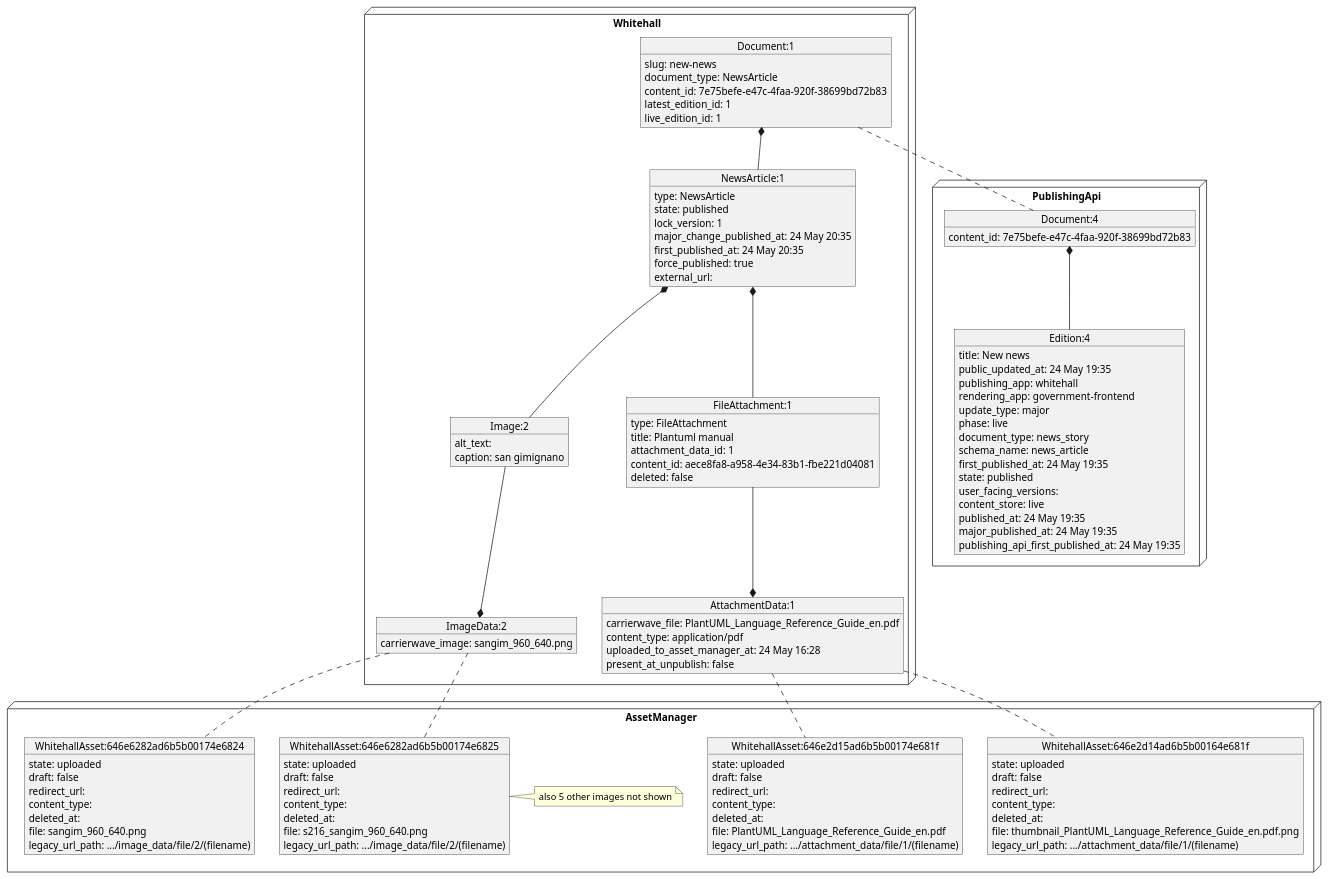
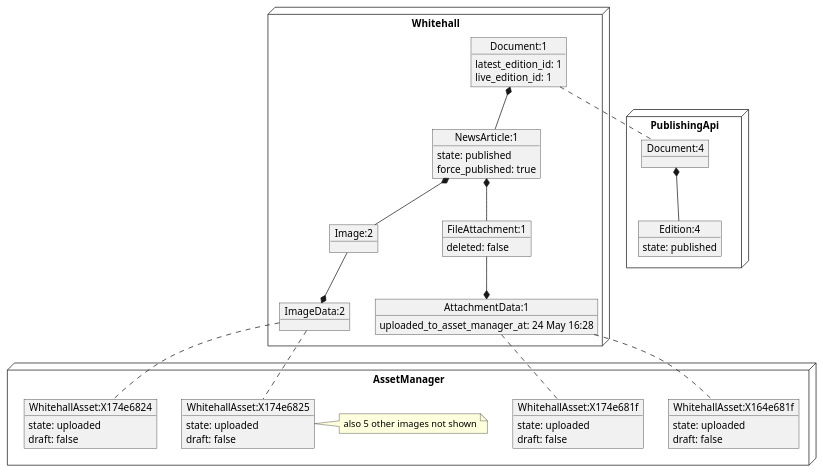
Before and after one commit to alphagov/whitehall: the diagram in docs/diagrams/asset_management/asset_scenarios/publish_doc_with_attachments/7_force_published.puml, drawn with PlantUML. The commit also changed 32 other files, not shown here.

First line of the commit message:
Added markdown and plantuml docs for asset state change scenarios

```diff
--- a/docs/diagrams/asset_management/asset_scenarios/publish_doc_with_attachments/7_force_published.puml
+++ b/docs/diagrams/asset_management/asset_scenarios/publish_doc_with_attachments/7_force_published.puml
@@ -1,120 +1,67 @@
 @startuml
 node Whitehall {
 object "Document:1" as Document_1 {
-  slug: new-news
-  document_type: NewsArticle
-  content_id: 7e75befe-e47c-4faa-920f-38699bd72b83
   latest_edition_id: 1
   live_edition_id: 1
 }
 together {
 object "NewsArticle:1" as NewsArticle_1 {
-  type: NewsArticle
   state: published
-  lock_version: 1
-  major_change_published_at: 24 May 20:35
-  first_published_at: 24 May 20:35
   force_published: true
-  external_url:
 }
 Document_1 *-- NewsArticle_1
 object "FileAttachment:1" as FileAttachment_1 {
-  type: FileAttachment
-  title: Plantuml manual
-  attachment_data_id: 1
-  content_id: aece8fa8-a958-4e34-83b1-fbe221d04081
   deleted: false
 }
 NewsArticle_1 *-- FileAttachment_1
 object "Image:2" as Image_2 {
-  alt_text:
-  caption: san gimignano
 }
 NewsArticle_1 *-- Image_2
 }
 object "AttachmentData:1" as AttachmentData_1 {
-  carrierwave_file: PlantUML_Language_Reference_Guide_en.pdf
-  content_type: application/pdf
   uploaded_to_asset_manager_at: 24 May 16:28
-  present_at_unpublish: false
 }
 AttachmentData_1 *-u- FileAttachment_1
 object "ImageData:2" as ImageData_2 {
-  carrierwave_image: sangim_960_640.png
 }
 ImageData_2 *-u- Image_2
 }
 node PublishingApi {
 object "Document:4" as pubapi_Document_4 {
-  content_id: 7e75befe-e47c-4faa-920f-38699bd72b83
 }
 object "Edition:4" as pubapi_Edition_4 {
-  title: New news
-  public_updated_at: 24 May 19:35
-  publishing_app: whitehall
-  rendering_app: government-frontend
-  update_type: major
-  phase: live
-  document_type: news_story
-  schema_name: news_article
-  first_published_at: 24 May 19:35
   state: published
-  user_facing_versions:
-  content_store: live
-  published_at: 24 May 19:35
-  major_published_at: 24 May 19:35
-  publishing_api_first_published_at: 24 May 19:35
 }
 pubapi_Document_4 *-- pubapi_Edition_4
 }
 node AssetManager {
 together {
-object "WhitehallAsset:646e2d14ad6b5b00164e681f" as am_WhitehallAsset_646e2d14ad6b5b00164e681f {
+object "WhitehallAsset:X164e681f" as am_WhitehallAsset_X164e681f {
   state: uploaded
   draft: false
-  redirect_url:
-  content_type:
-  deleted_at:
-  file: thumbnail_PlantUML_Language_Reference_Guide_en.pdf.png
-  legacy_url_path: .../attachment_data/file/1/(filename)
 }
-object "WhitehallAsset:646e2d15ad6b5b00174e681f" as am_WhitehallAsset_646e2d15ad6b5b00174e681f {
+object "WhitehallAsset:X174e681f" as am_WhitehallAsset_X174e681f {
   state: uploaded
   draft: false
-  redirect_url:
-  content_type:
-  deleted_at:
-  file: PlantUML_Language_Reference_Guide_en.pdf
-  legacy_url_path: .../attachment_data/file/1/(filename)
 }
 }
 together {
-object "WhitehallAsset:646e6282ad6b5b00174e6824" as am_WhitehallAsset_646e6282ad6b5b00174e6824 {
+object "WhitehallAsset:X174e6824" as am_WhitehallAsset_X174e6824 {
   state: uploaded
   draft: false
-  redirect_url:
-  content_type:
-  deleted_at:
-  file: sangim_960_640.png
-  legacy_url_path: .../image_data/file/2/(filename)
 }
-object "WhitehallAsset:646e6282ad6b5b00174e6825" as am_WhitehallAsset_646e6282ad6b5b00174e6825 {
+object "WhitehallAsset:X174e6825" as am_WhitehallAsset_X174e6825 {
   state: uploaded
   draft: false
-  redirect_url:
-  content_type:
-  deleted_at:
-  file: s216_sangim_960_640.png
-  legacy_url_path: .../image_data/file/2/(filename)
 }
 note right
  also 5 other images not shown
 end note
 }
 }
 Document_1 .. pubapi_Document_4
-AttachmentData_1 .. am_WhitehallAsset_646e2d14ad6b5b00164e681f
-AttachmentData_1 .. am_WhitehallAsset_646e2d15ad6b5b00174e681f
-ImageData_2 .. am_WhitehallAsset_646e6282ad6b5b00174e6824
-ImageData_2 .. am_WhitehallAsset_646e6282ad6b5b00174e6825
+AttachmentData_1 .. am_WhitehallAsset_X164e681f
+AttachmentData_1 .. am_WhitehallAsset_X174e681f
+ImageData_2 .. am_WhitehallAsset_X174e6824
+ImageData_2 .. am_WhitehallAsset_X174e6825
 @enduml
```
